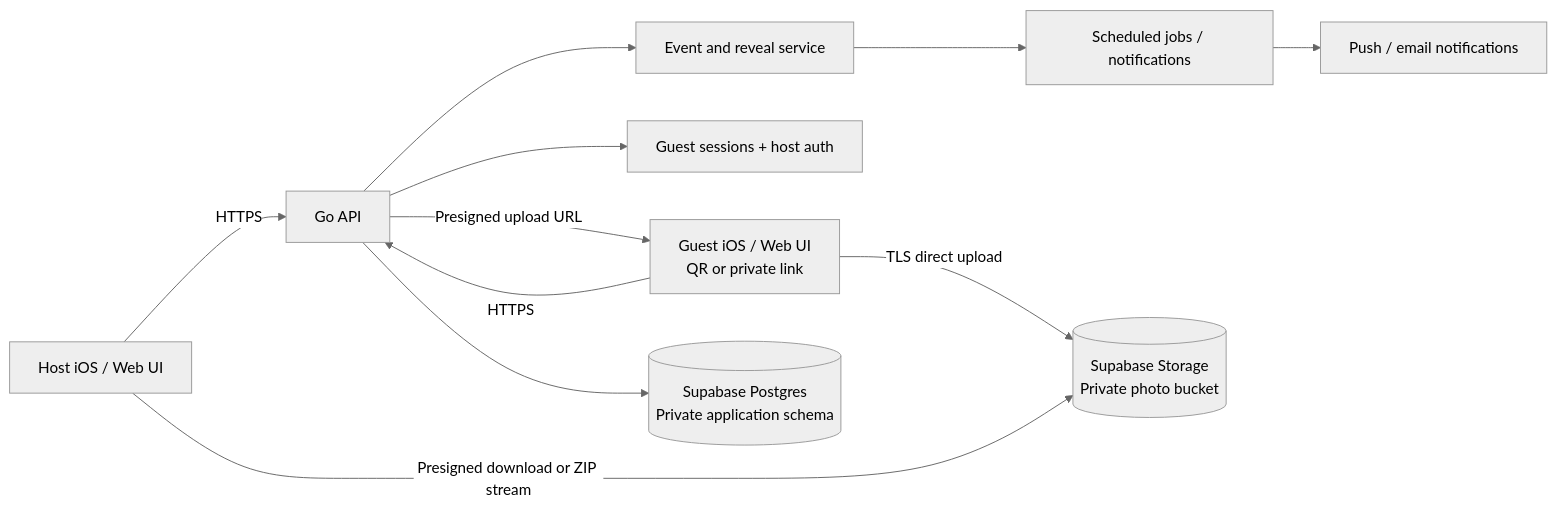
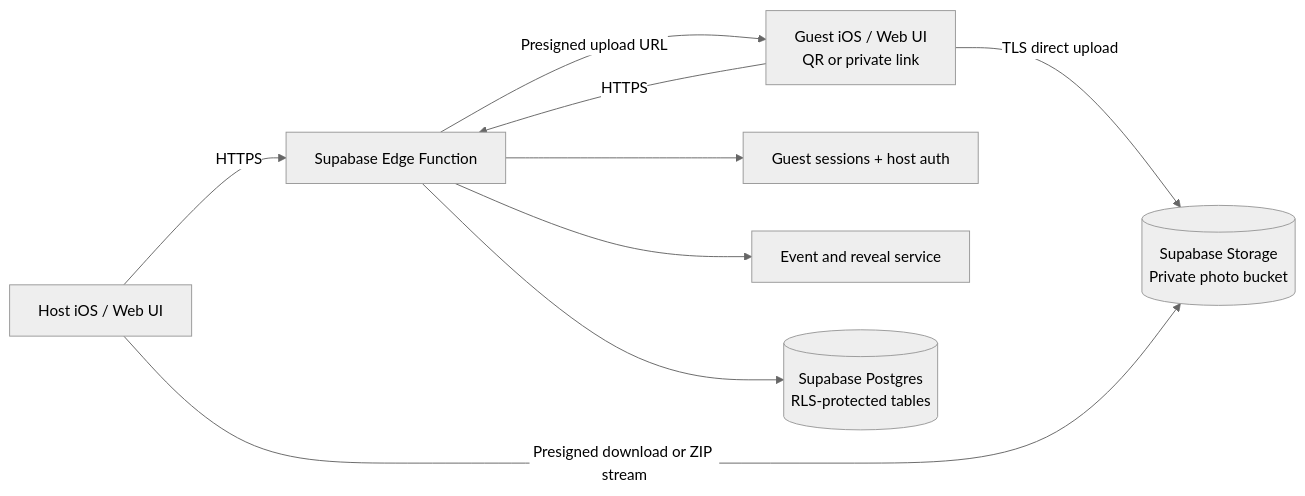
One commit to BarziBahadin/OneShotOneNight changed the diagram in docs/system-design.md. Above: the diagram before and after it, drawn with Mermaid (neutral theme). The commit also changed other lines of this file and 29 other files, not shown here.

````diff
--- a/docs/system-design.md
+++ b/docs/system-design.md
@@ -5,13 +5,11 @@
 ```mermaid
 flowchart LR
-    H[Host iOS / Web UI] -->|HTTPS| API[Go API]
+    H[Host iOS / Web UI] -->|HTTPS| API[Supabase Edge Function]
     G[Guest iOS / Web UI\nQR or private link] -->|HTTPS| API
     API --> AUTH[Guest sessions + host auth]
     API --> EVENTS[Event and reveal service]
-    API --> META[(Supabase Postgres\nPrivate application schema)]
-    EVENTS --> QUEUE[Scheduled jobs / notifications]
-    QUEUE --> PUSH[Push / email notifications]
+    API --> META[(Supabase Postgres\nRLS-protected tables)]
     API -->|Presigned upload URL| G
     G -->|TLS direct upload| MEDIA[(Supabase Storage\nPrivate photo bucket)]
     H -->|Presigned download or ZIP stream| MEDIA
 ```
````
